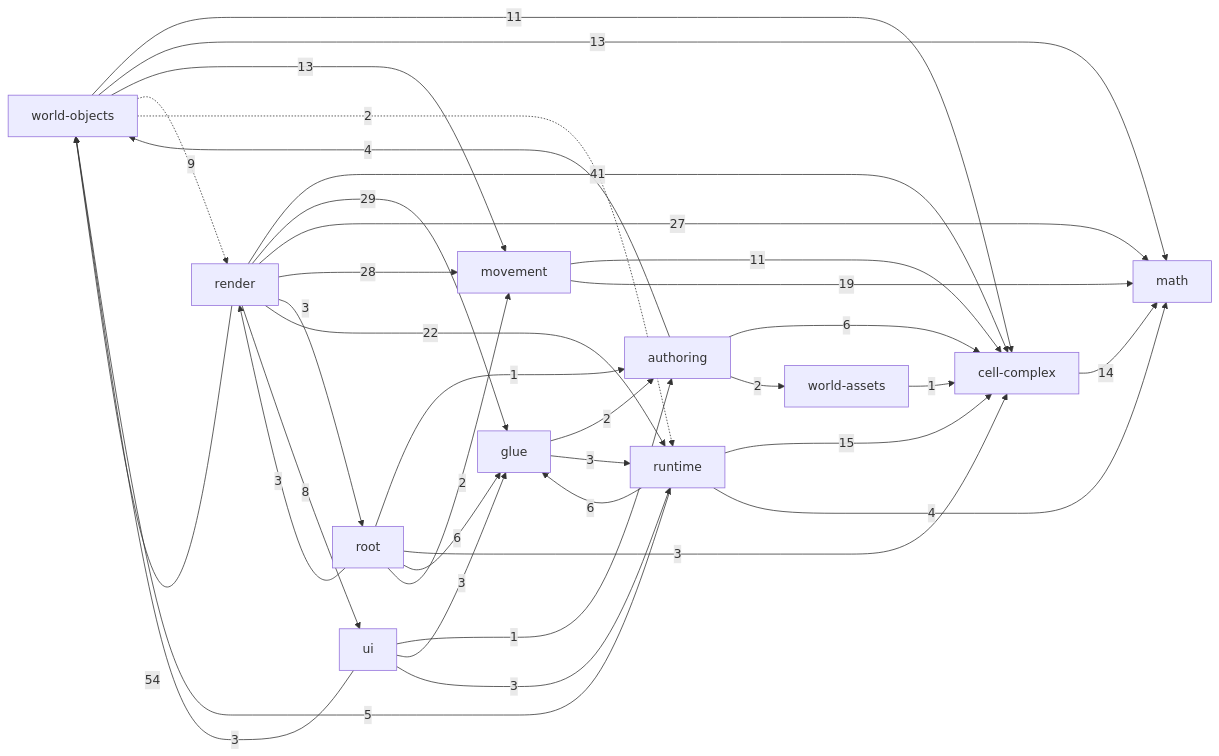
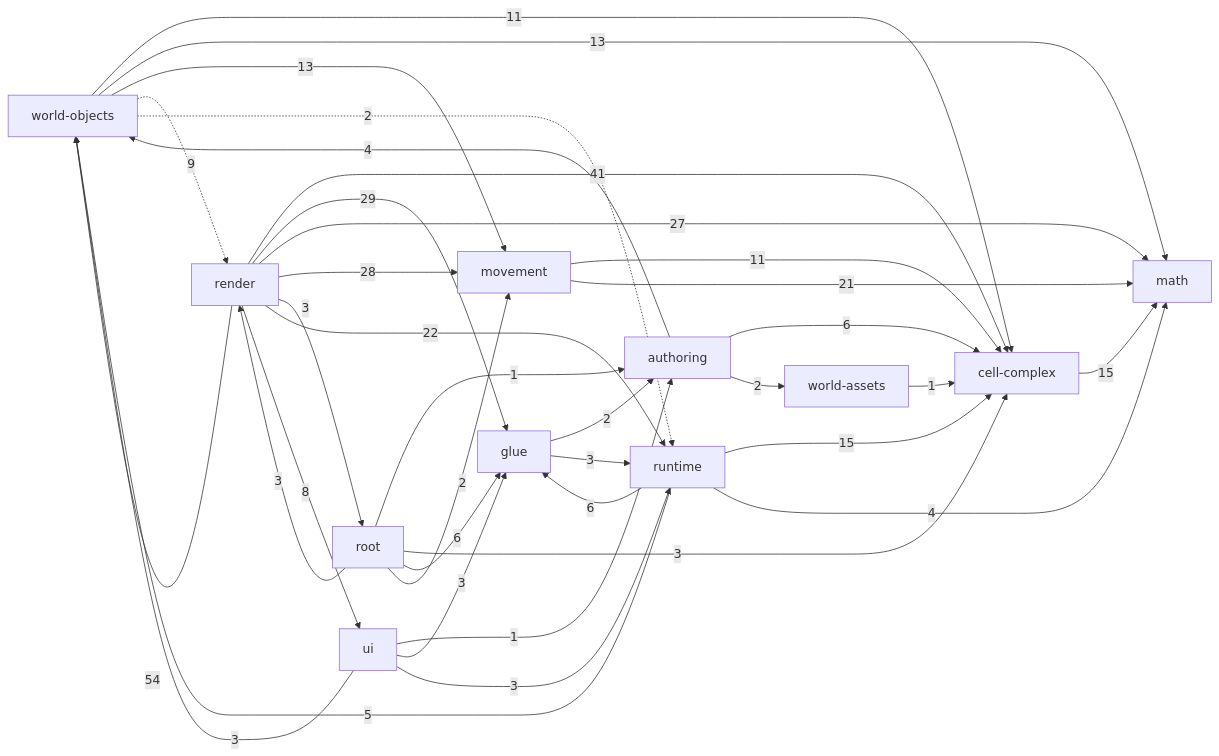
Before and after one commit to guraltsev/noneuclid-fpv: the diagram in _docs/generated/ARCHITECTURE_REFERENCE.md, drawn with Mermaid. The commit also changed other lines of this file and 17 other files, not shown here.

````diff
--- a/_docs/generated/ARCHITECTURE_REFERENCE.md
+++ b/_docs/generated/ARCHITECTURE_REFERENCE.md
@@ -32,49 +32,49 @@
 ```mermaid
 flowchart LR
   math["math"]
   cell_complex["cell-complex"]
   movement["movement"]
   world_assets["world-assets"]
   world_objects["world-objects"]
   authoring["authoring"]
   runtime["runtime"]
   ui["ui"]
   glue["glue"]
   render["render"]
   root["root"]
   authoring -->|6| cell_complex
   authoring -->|2| world_assets
   authoring -->|4| world_objects
-  cell_complex -->|14| math
+  cell_complex -->|15| math
   glue -->|2| authoring
   glue -->|3| runtime
   movement -->|11| cell_complex
-  movement -->|19| math
+  movement -->|21| math
   render -->|41| cell_complex
   render -->|29| glue
   render -->|27| math
   render -->|28| movement
   render -->|3| root
   render -->|22| runtime
   render -->|8| ui
   render -->|54| world_objects
   root -->|1| authoring
   root -->|3| cell_complex
   root -->|6| glue
   root -->|2| movement
   root -->|3| render
   runtime -->|15| cell_complex
   runtime -->|6| glue
   runtime -->|4| math
   runtime -->|5| world_objects
   ui -->|1| authoring
   ui -->|3| glue
   ui -->|3| runtime
   ui -->|3| world_objects
   world_assets -->|1| cell_complex
   world_objects -->|11| cell_complex
   world_objects -->|13| math
   world_objects -->|13| movement
   world_objects -.->|9| render
   world_objects -.->|2| runtime
 ```
````
